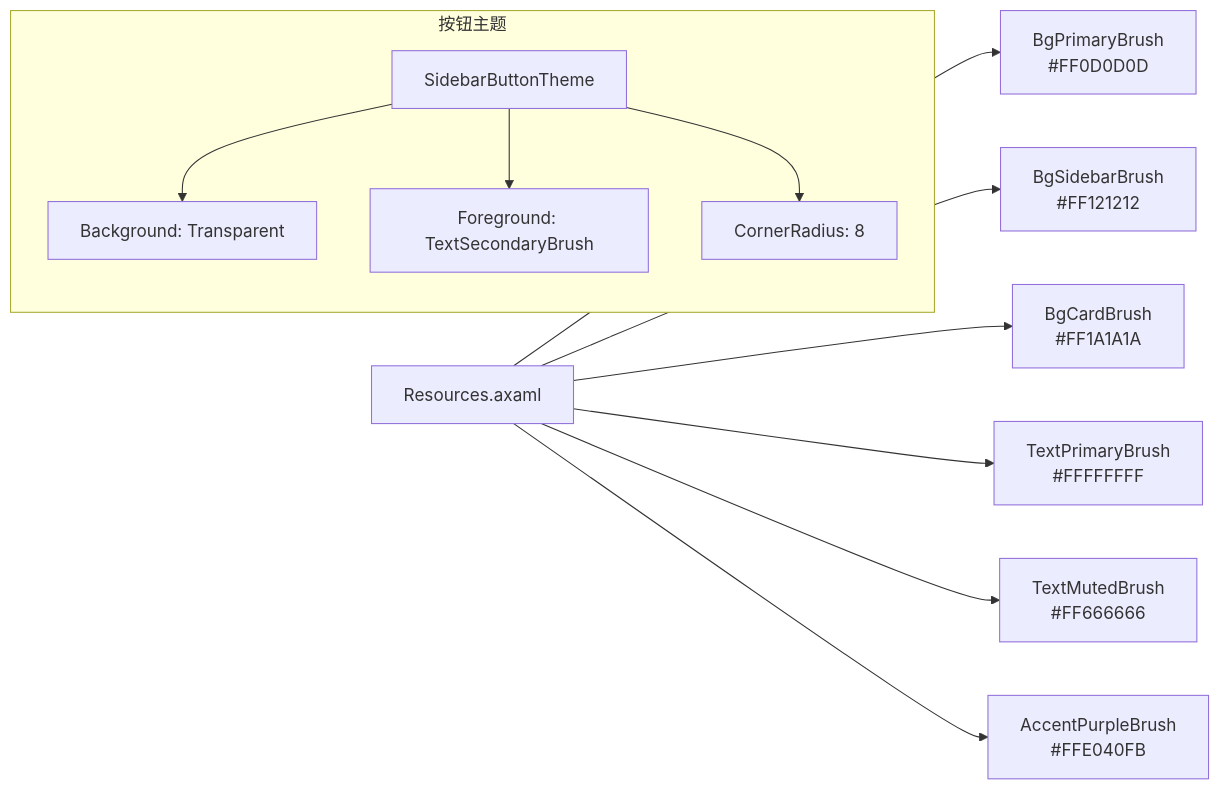
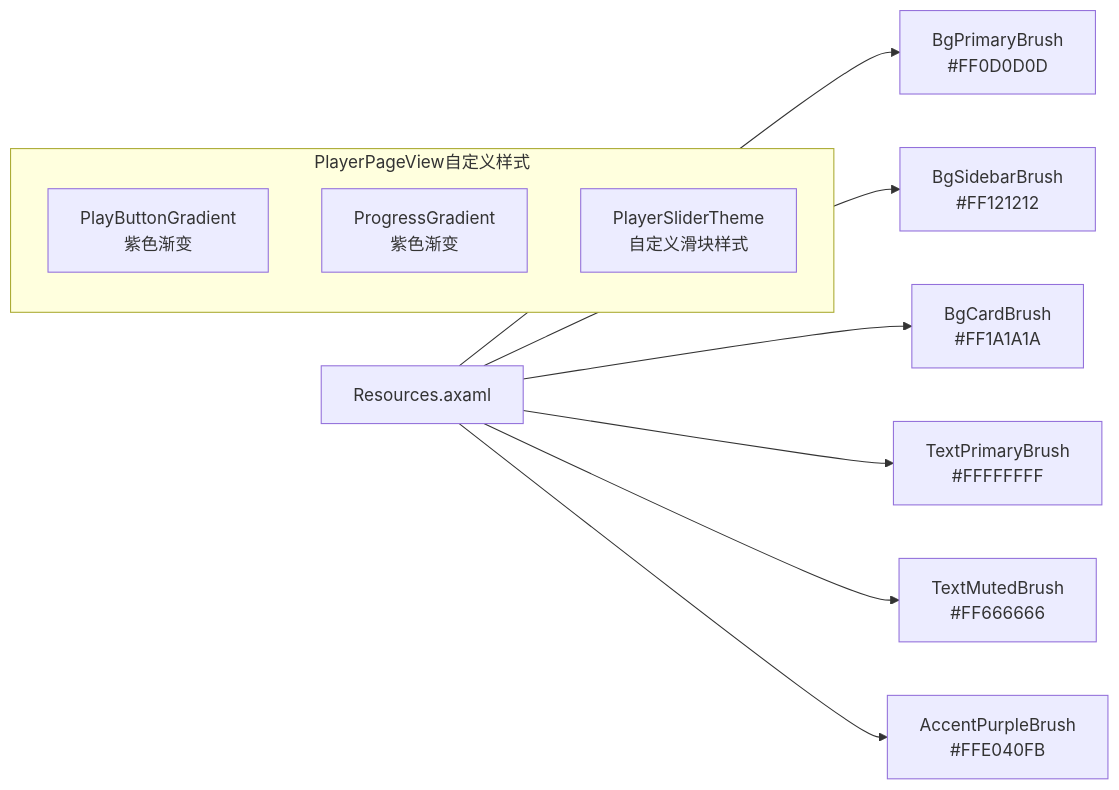
Before and after one commit to mariamjensen42-glitch/LocalMusicPlayer: the sixth of 10 diagrams in .qoder/repowiki/zh/content/用户界面层/播放器界面.md, drawn with Mermaid. The commit also changed other lines of this file and 23 other files, not shown here.

````diff
--- a/.qoder/repowiki/zh/content/用户界面层/播放器界面.md
+++ b/.qoder/repowiki/zh/content/用户界面层/播放器界面.md
@@ -243,15 +297,14 @@
 ```mermaid
 graph LR
 RA[Resources.axaml] --> BP[BgPrimaryBrush<br/>#FF0D0D0D]
 RA --> BS[BgSidebarBrush<br/>#FF121212]
 RA --> BC[BgCardBrush<br/>#FF1A1A1A]
 RA --> BT[TextPrimaryBrush<br/>#FFFFFFFF]
 RA --> TM[TextMutedBrush<br/>#FF666666]
 RA --> AP[AccentPurpleBrush<br/>#FFE040FB]
-subgraph "按钮主题"
-SB[SidebarButtonTheme]
-SB --> BG[Background: Transparent]
-SB --> FG[Foreground: TextSecondaryBrush]
-SB --> CR[CornerRadius: 8]
+subgraph "PlayerPageView自定义样式"
+PB[PlayButtonGradient<br/>紫色渐变]
+PG[ProgressGradient<br/>紫色渐变]
+PST[PlayerSliderTheme<br/>自定义滑块样式]
 end
 ```
````
